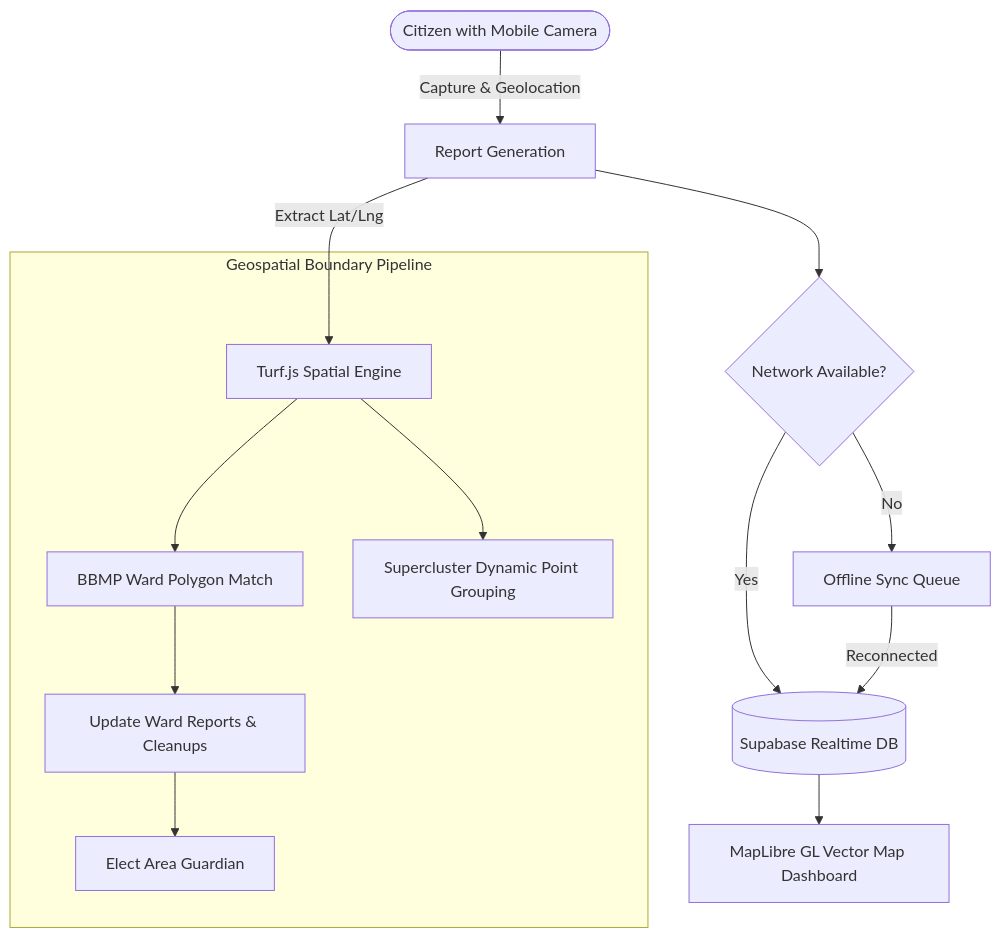
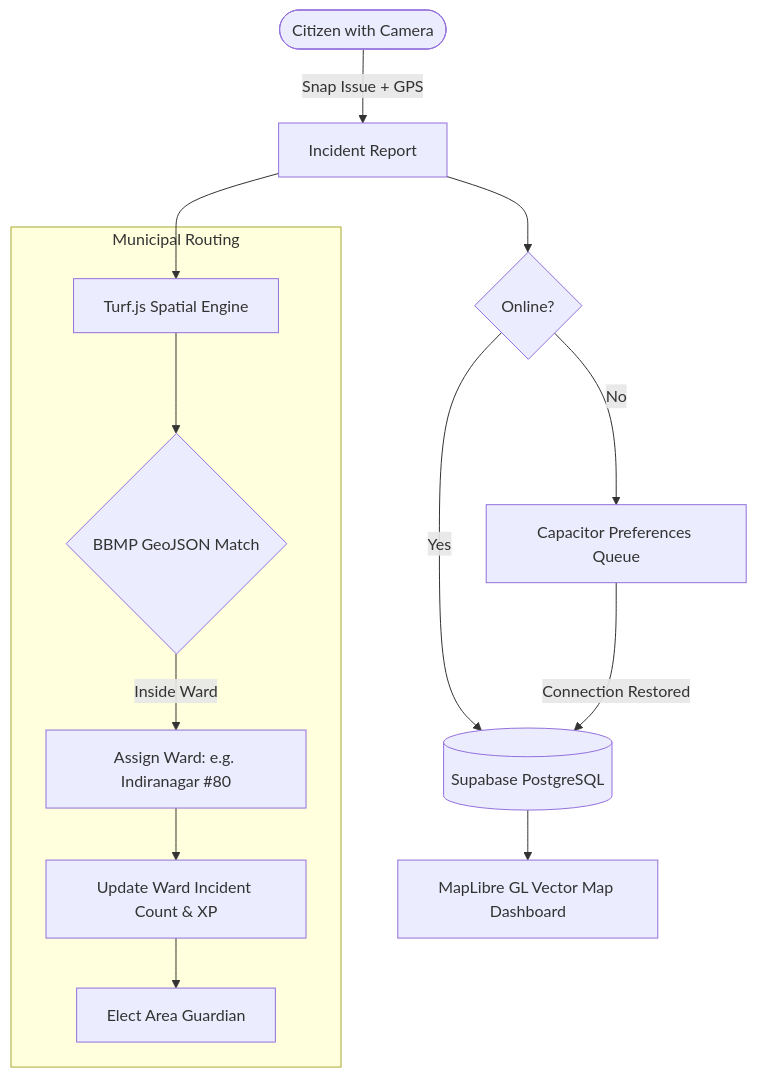
The diagram in README.md (itsgoksz/namma-hood), drawn with Mermaid before and after one commit. The commit also changed other lines of this file and 2 other files, not shown here.

````diff
--- a/README.md
+++ b/README.md
@@ -56,18 +35,18 @@
 ```mermaid
 flowchart TD
-    Citizen([Citizen with Mobile Camera]) -->|Capture & Geolocation| Report[Report Generation]
-    Report -->|Extract Lat/Lng| SpatialIndex[Turf.js Spatial Engine]
+    User([Citizen with Camera]) -->|Snap Issue + GPS| ReportFlow[Incident Report]
+    ReportFlow --> TurfCheck[Turf.js Spatial Engine]
     
-    subgraph GeoProcessing [Geospatial Boundary Pipeline]
-        SpatialIndex --> BBMPCheck[BBMP Ward Polygon Match]
-        SpatialIndex --> SuperCluster[Supercluster Dynamic Point Grouping]
-        BBMPCheck --> TerritoryUpdate[Update Ward Reports & Cleanups]
-        TerritoryUpdate --> GuardianCalc[Elect Area Guardian]
+    subgraph GeoPipeline [Municipal Routing]
+        TurfCheck --> WardMatch{BBMP GeoJSON Match}
+        WardMatch -->|Inside Ward| AssignWard[Assign Ward: e.g. Indiranagar #80]
+        AssignWard --> WardRank[Update Ward Incident Count & XP]
+        WardRank --> GuardianCrown[Elect Area Guardian]
     end
 
-    Report --> OfflineQ{Network Available?}
-    OfflineQ -->|No| LocalStorage[Offline Sync Queue]
-    OfflineQ -->|Yes| SupabasePostgres[(Supabase Realtime DB)]
-    LocalStorage -->|Reconnected| SupabasePostgres
-    SupabasePostgres --> LiveMap[MapLibre GL Vector Map Dashboard]
+    ReportFlow --> NetCheck{Online?}
+    NetCheck -->|No| OfflineQueue[Capacitor Preferences Queue]
+    NetCheck -->|Yes| SupabaseDB[(Supabase PostgreSQL)]
+    OfflineQueue -->|Connection Restored| SupabaseDB
+    SupabaseDB --> LiveMap[MapLibre GL Vector Map Dashboard]
 ```
````
